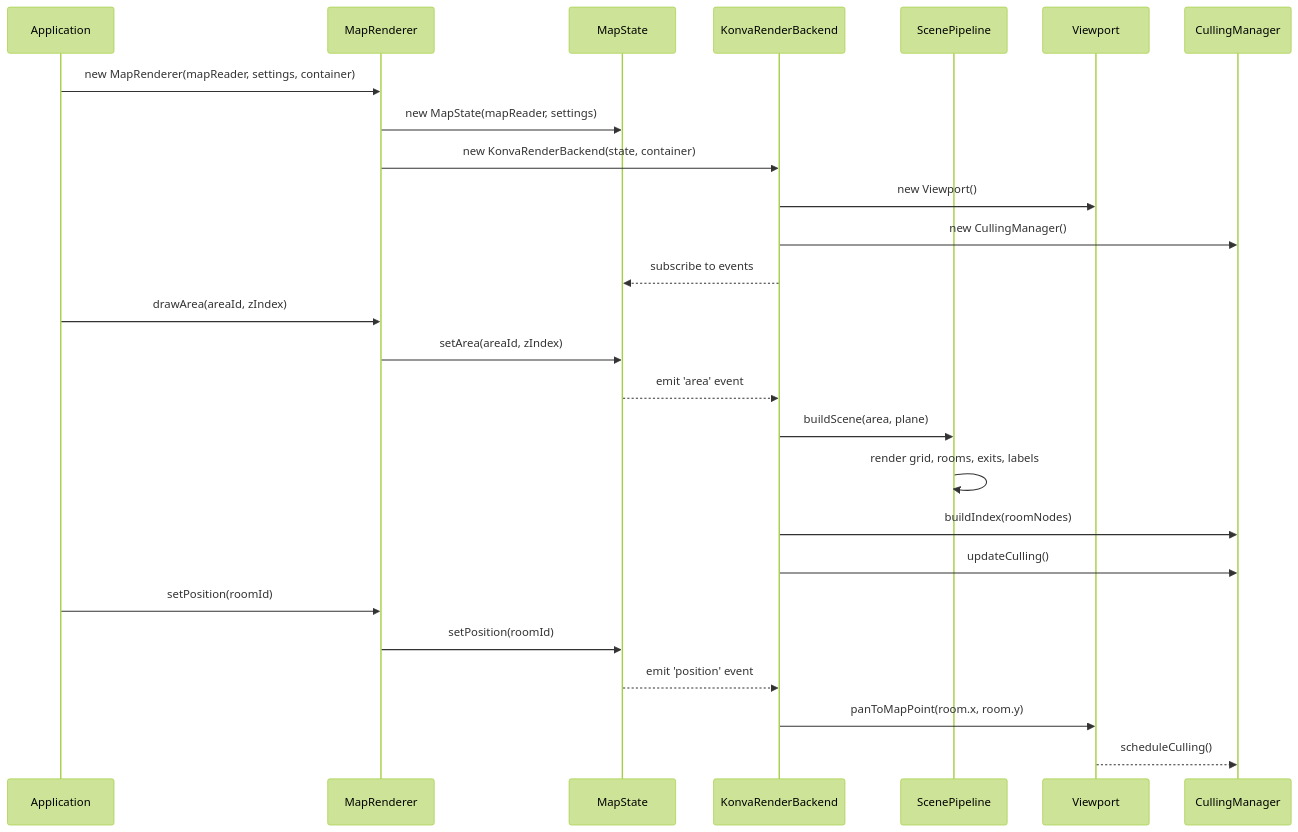
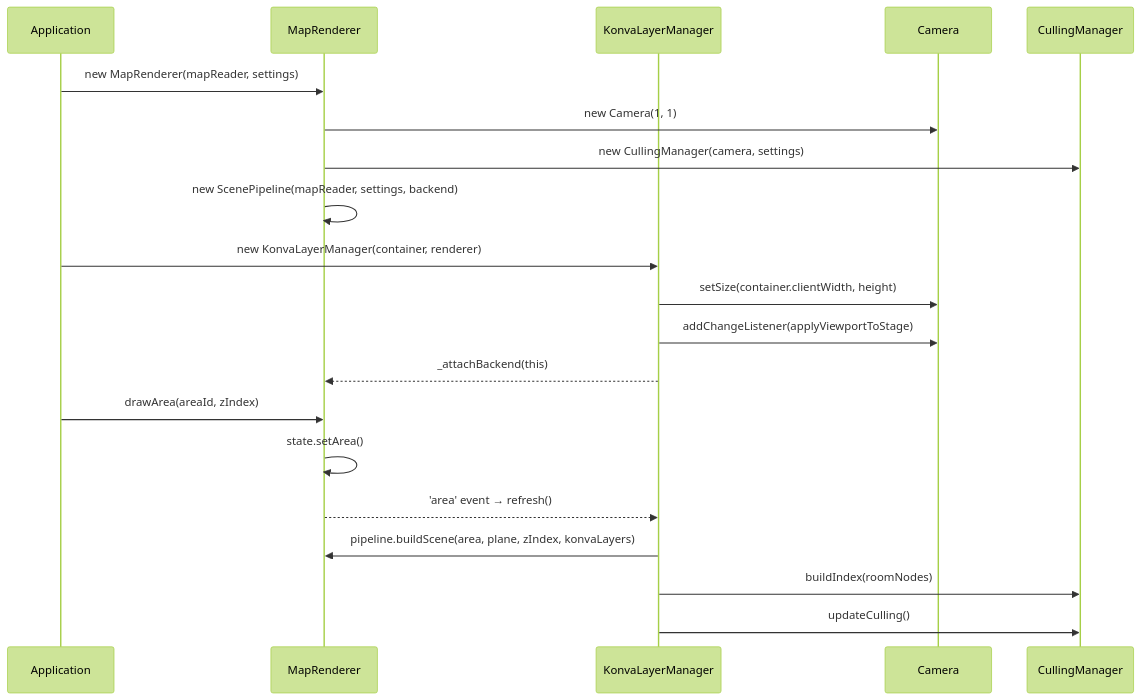
Before and after one commit to Delwing/mudlet-map-renderer: the third of 12 diagrams in docs/architecture.md, drawn with Mermaid (forest theme). The commit also changed other lines of this file, not shown here.

Commit message:
Update architecture.md to reflect unified renderer refactor

````diff
--- a/docs/architecture.md
+++ b/docs/architecture.md
@@ -107,31 +107,25 @@
 ```mermaid
 sequenceDiagram
     participant App as Application
     participant MR as MapRenderer
-    participant MS as MapState
-    participant KB as KonvaRenderBackend
-    participant SP as ScenePipeline
-    participant VP as Viewport
+    participant KLM as KonvaLayerManager
+    participant CAM as Camera
     participant CM as CullingManager
 
-    App->>MR: new MapRenderer(mapReader, settings, container)
-    MR->>MS: new MapState(mapReader, settings)
-    MR->>KB: new KonvaRenderBackend(state, container)
-    KB->>VP: new Viewport()
-    KB->>CM: new CullingManager()
-    KB-->>MS: subscribe to events
+    App->>MR: new MapRenderer(mapReader, settings)
+    MR->>CAM: new Camera(1, 1)
+    MR->>CM: new CullingManager(camera, settings)
+    MR->>MR: new ScenePipeline(mapReader, settings, backend)
+
+    App->>KLM: new KonvaLayerManager(container, renderer)
+    KLM->>CAM: setSize(container.clientWidth, height)
+    KLM->>CAM: addChangeListener(applyViewportToStage)
+    KLM-->>MR: _attachBackend(this)
 
     App->>MR: drawArea(areaId, zIndex)
-    MR->>MS: setArea(areaId, zIndex)
-    MS-->>KB: emit 'area' event
-    KB->>SP: buildScene(area, plane)
-    SP->>SP: render grid, rooms, exits, labels
-    KB->>CM: buildIndex(roomNodes)
-    KB->>CM: updateCulling()
-
-    App->>MR: setPosition(roomId)
-    MR->>MS: setPosition(roomId)
-    MS-->>KB: emit 'position' event
-    KB->>VP: panToMapPoint(room.x, room.y)
-    VP-->>CM: scheduleCulling()
+    MR->>MR: state.setArea()
+    MR-->>KLM: 'area' event → refresh()
+    KLM->>MR: pipeline.buildScene(area, plane, zIndex, konvaLayers)
+    KLM->>CM: buildIndex(roomNodes)
+    KLM->>CM: updateCulling()
 ```
````
